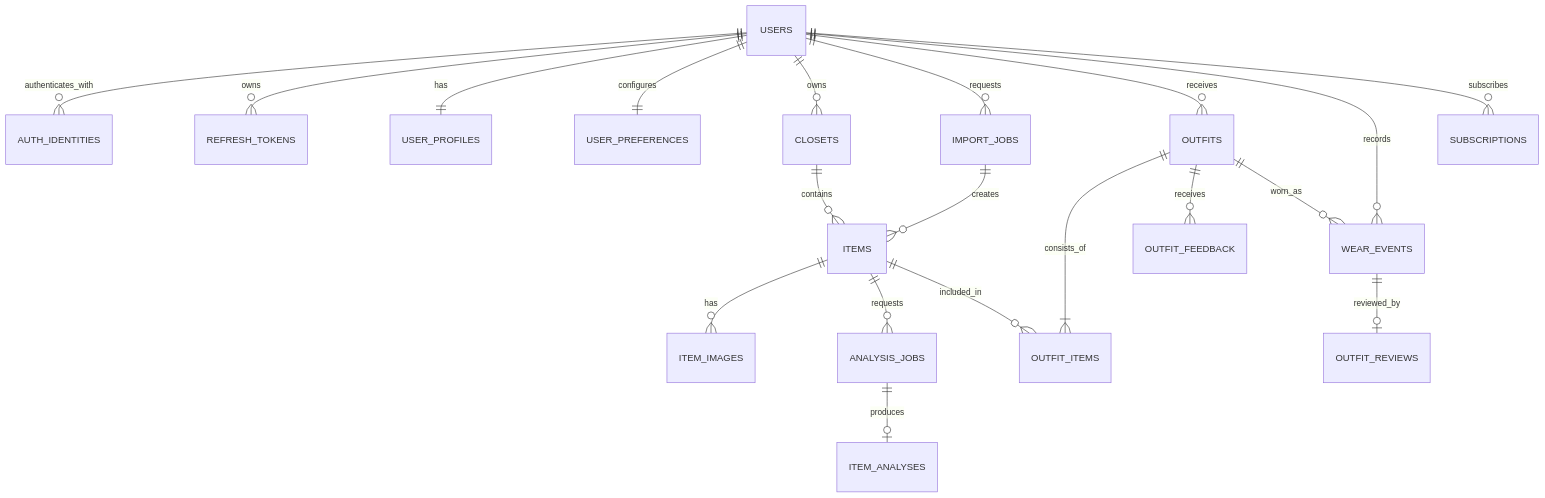
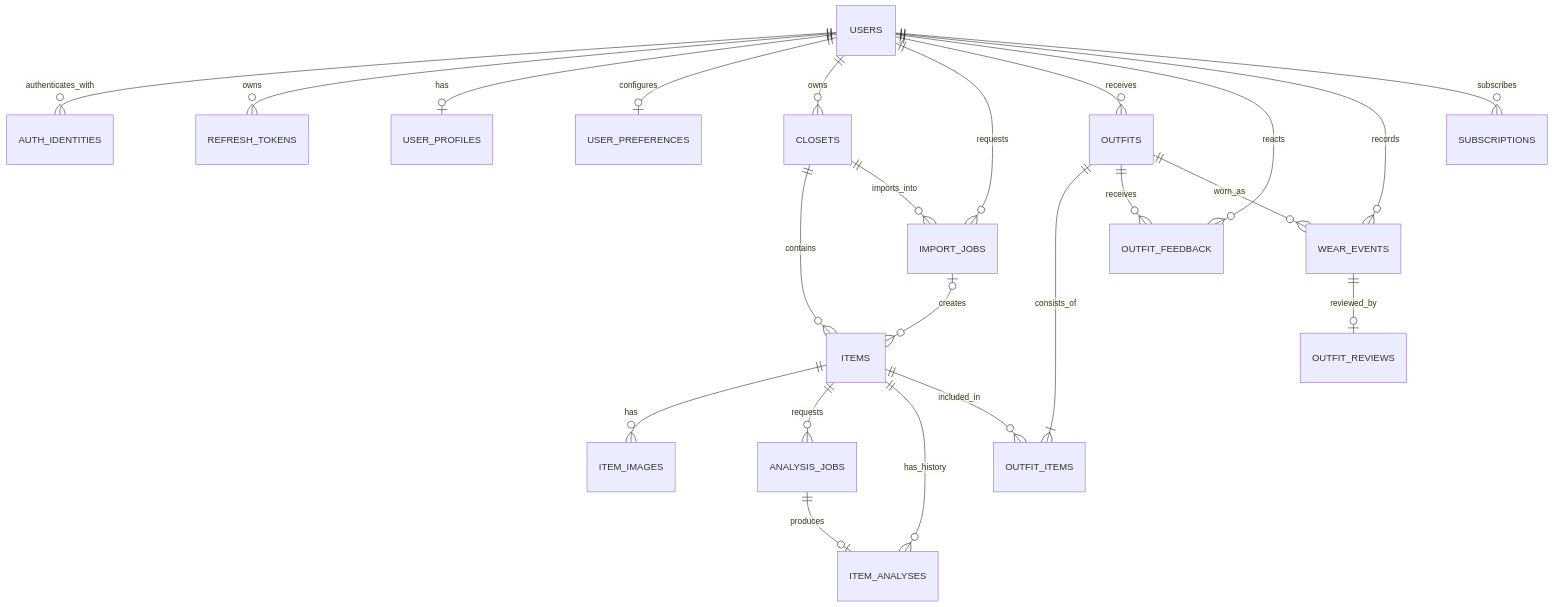
Before and after one commit to Just-Exit/cloth-vision-api: the second of 2 diagrams in guide/DATABASE.md, drawn with Mermaid. The commit also changed other lines of this file and 6 other files, not shown here.

Commit message:
docs(db): align roadmap and schema diagrams

````diff
--- a/guide/DATABASE.md
+++ b/guide/DATABASE.md
@@ -33,24 +35,27 @@
 ```mermaid
 erDiagram
     USERS ||--o{ AUTH_IDENTITIES : authenticates_with
     USERS ||--o{ REFRESH_TOKENS : owns
-    USERS ||--|| USER_PROFILES : has
-    USERS ||--|| USER_PREFERENCES : configures
+    USERS ||--o| USER_PROFILES : has
+    USERS ||--o| USER_PREFERENCES : configures
     USERS ||--o{ CLOSETS : owns
     USERS ||--o{ IMPORT_JOBS : requests
     USERS ||--o{ OUTFITS : receives
+    USERS ||--o{ OUTFIT_FEEDBACK : reacts
     USERS ||--o{ WEAR_EVENTS : records
     USERS ||--o{ SUBSCRIPTIONS : subscribes
 
     CLOSETS ||--o{ ITEMS : contains
+    CLOSETS ||--o{ IMPORT_JOBS : imports_into
+    IMPORT_JOBS o|--o{ ITEMS : creates
     ITEMS ||--o{ ITEM_IMAGES : has
     ITEMS ||--o{ ANALYSIS_JOBS : requests
+    ITEMS ||--o{ ITEM_ANALYSES : has_history
     ANALYSIS_JOBS ||--o| ITEM_ANALYSES : produces
-    IMPORT_JOBS ||--o{ ITEMS : creates
 
     OUTFITS ||--|{ OUTFIT_ITEMS : consists_of
     ITEMS ||--o{ OUTFIT_ITEMS : included_in
     OUTFITS ||--o{ OUTFIT_FEEDBACK : receives
     OUTFITS ||--o{ WEAR_EVENTS : worn_as
     WEAR_EVENTS ||--o| OUTFIT_REVIEWS : reviewed_by
 ```
````
